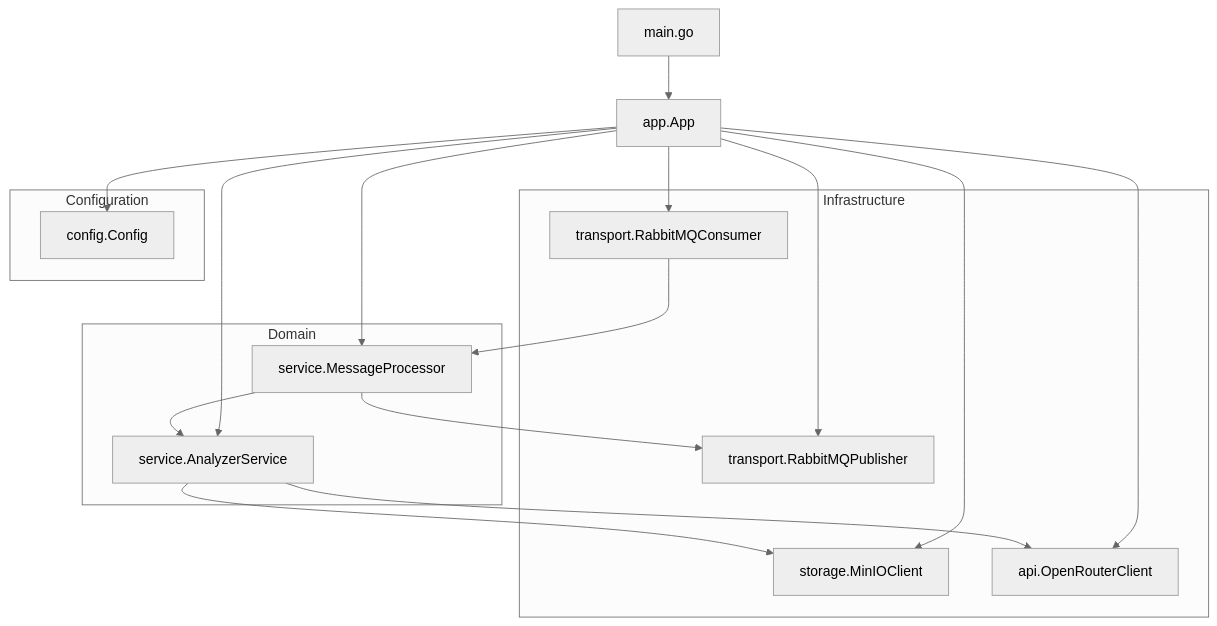
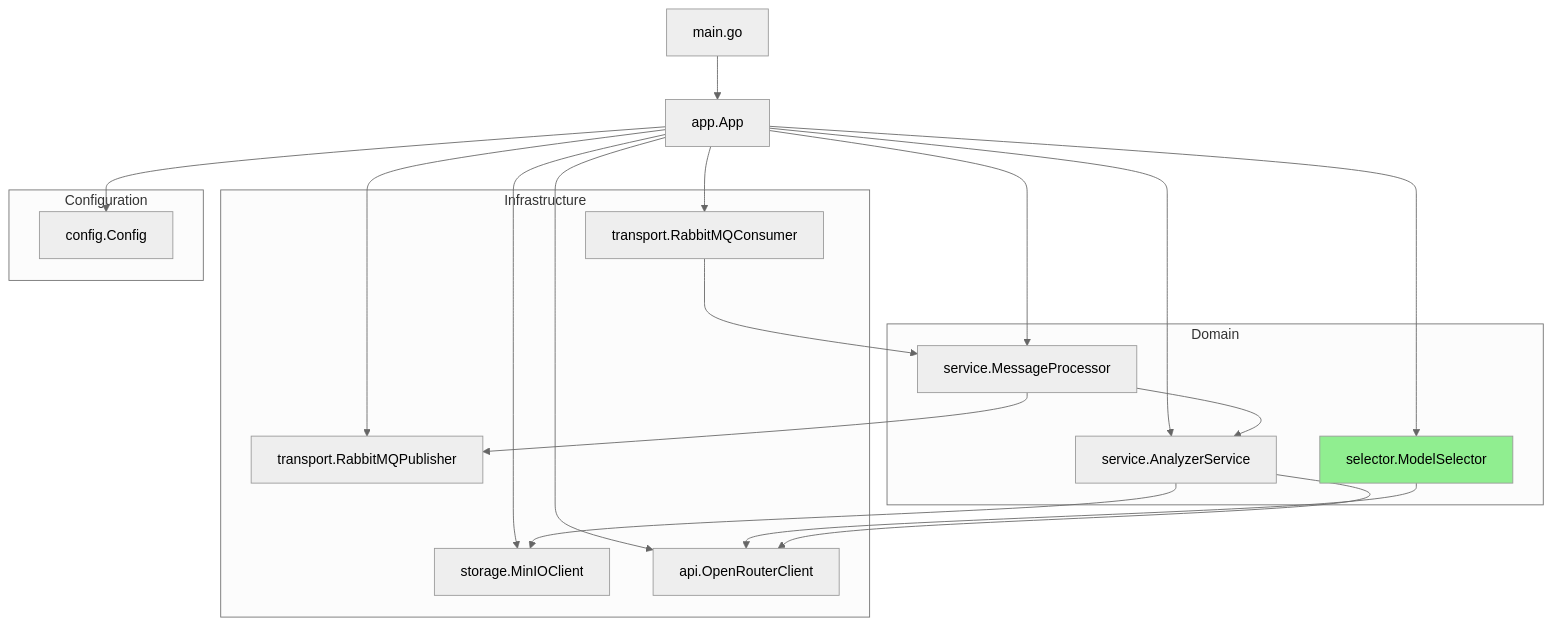
Before and after one commit to shabohin/photo-tags: the first of 2 diagrams in docs/analyzer_architecture.md, drawn with Mermaid (neutral theme). The commit also changed other lines of this file and 3 other files, not shown here.

First line of the commit message:
docs: update documentation for OpenRouter integration and Model Selector

````diff
--- a/docs/analyzer_architecture.md
+++ b/docs/analyzer_architecture.md
@@ -48,33 +67,38 @@
 ```mermaid
 graph TD
     A[main.go] --> B[app.App]
     B --> C[config.Config]
     B --> D[transport.RabbitMQConsumer]
     B --> E[transport.RabbitMQPublisher]
     B --> F[storage.MinIOClient]
     B --> G[api.OpenRouterClient]
     B --> H[service.AnalyzerService]
     B --> I[service.MessageProcessor]
+    B --> J[selector.ModelSelector]
 
+    J --> G
     D --> I
     I --> H
     H --> F
     H --> G
     I --> E
 
     subgraph Domain
         H
         I
+        J
     end
 
     subgraph Infrastructure
         D
         E
         F
         G
     end
 
     subgraph Configuration
         C
     end
+
+    style J fill:#90EE90
 ```
````
